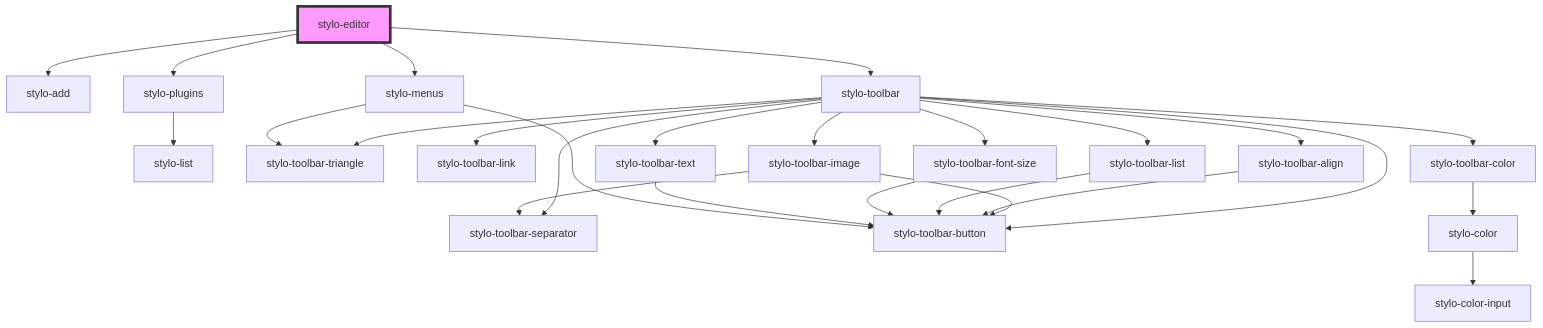
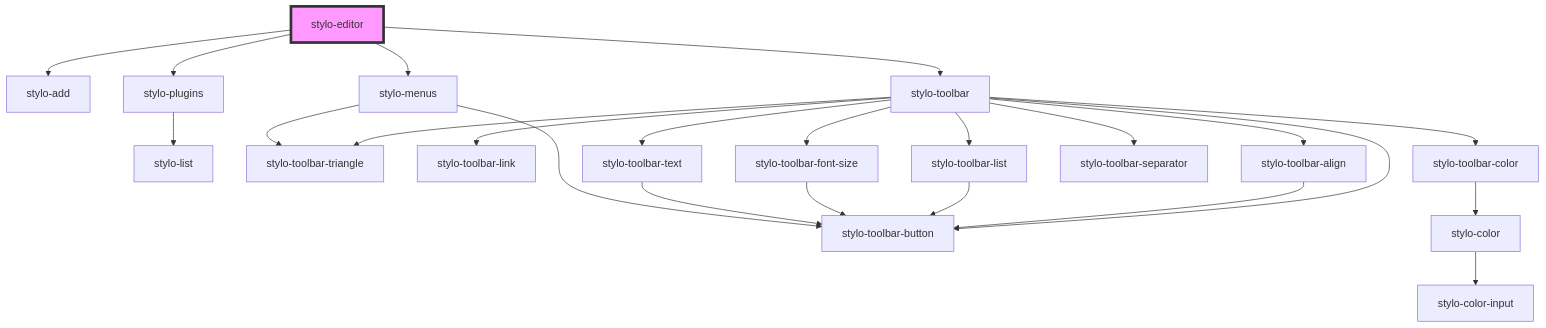
One commit to peterpeterparker/stylo changed the diagram in src/components/editor/readme.md. Above: the diagram before and after it, drawn with Mermaid. The commit also changed 9 other files, not shown here.

````diff
--- a/src/components/editor/readme.md
+++ b/src/components/editor/readme.md
@@ -23,29 +23,26 @@
 ```mermaid
 graph TD;
   stylo-editor --> stylo-add
   stylo-editor --> stylo-plugins
   stylo-editor --> stylo-toolbar
   stylo-editor --> stylo-menus
   stylo-plugins --> stylo-list
   stylo-toolbar --> stylo-toolbar-triangle
   stylo-toolbar --> stylo-toolbar-link
   stylo-toolbar --> stylo-toolbar-color
-  stylo-toolbar --> stylo-toolbar-image
   stylo-toolbar --> stylo-toolbar-align
   stylo-toolbar --> stylo-toolbar-list
   stylo-toolbar --> stylo-toolbar-font-size
   stylo-toolbar --> stylo-toolbar-separator
   stylo-toolbar --> stylo-toolbar-button
   stylo-toolbar --> stylo-toolbar-text
   stylo-toolbar-color --> stylo-color
   stylo-color --> stylo-color-input
-  stylo-toolbar-image --> stylo-toolbar-button
-  stylo-toolbar-image --> stylo-toolbar-separator
   stylo-toolbar-align --> stylo-toolbar-button
   stylo-toolbar-list --> stylo-toolbar-button
   stylo-toolbar-font-size --> stylo-toolbar-button
   stylo-toolbar-text --> stylo-toolbar-button
   stylo-menus --> stylo-toolbar-triangle
   stylo-menus --> stylo-toolbar-button
   style stylo-editor fill:#f9f,stroke:#333,stroke-width:4px
 ```
````
